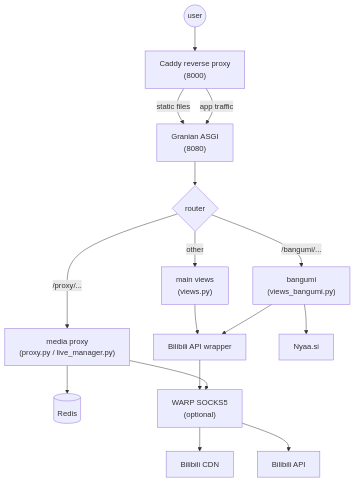
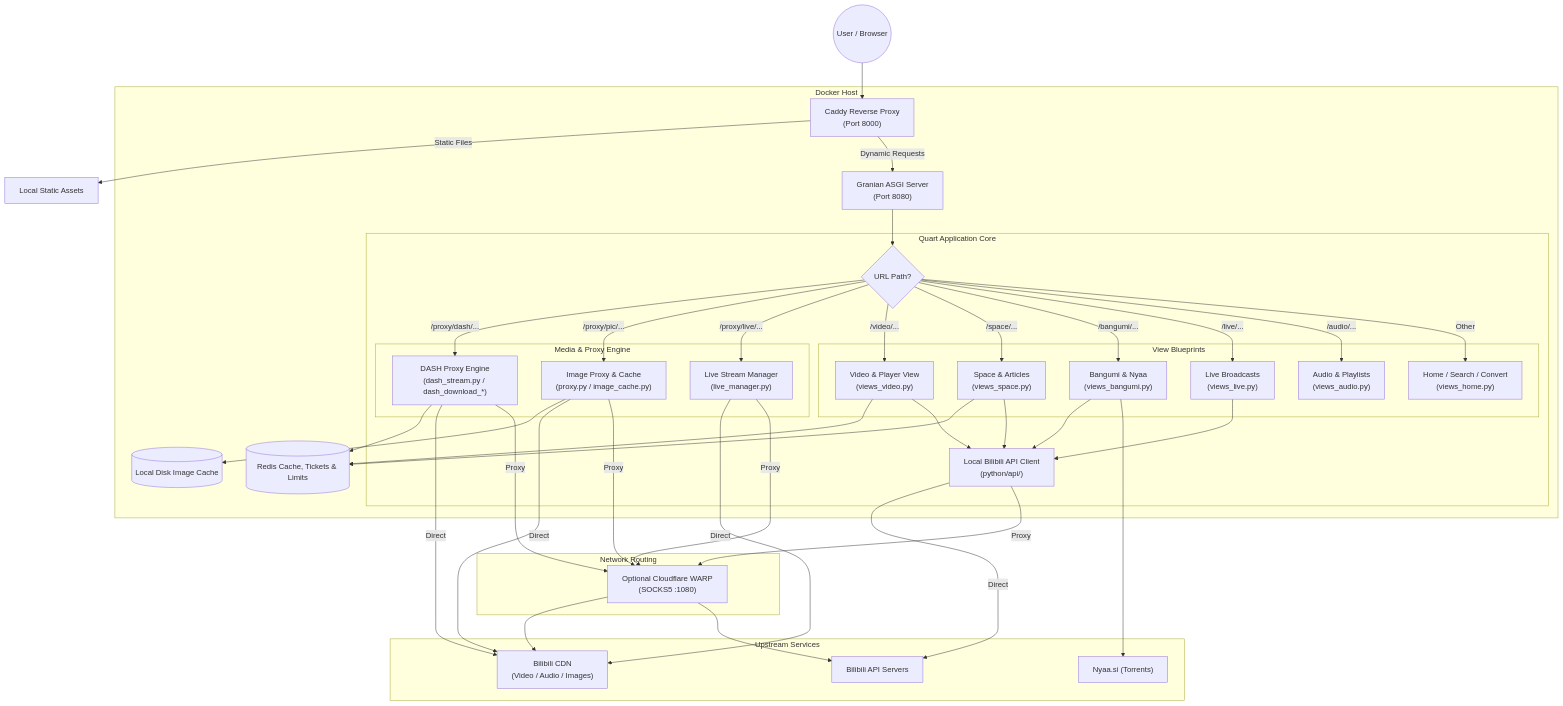
The diagram in developers/architecture.md (apicalshark/mikuinvidious), drawn with Mermaid before and after one commit. The commit also changed other lines of this file and 39 other files, not shown here.

````diff
--- a/developers/architecture.md
+++ b/developers/architecture.md
@@ -3,32 +79,83 @@
 ```mermaid
 graph TD
-    User((user))
-    Caddy["Caddy reverse proxy<br>(8000)"]
-    Granian["Granian ASGI<br>(8080)"]
-    Router{router}
-    Proxy["media proxy<br>(proxy.py / live_manager.py)"]
-    Bangumi["bangumi<br>(views_bangumi.py)"]
-    Views["main views<br>(views.py)"]
-    BiliAPI["Bilibili API wrapper"]
-    Redis[("Redis")]
-    Warp["WARP SOCKS5<br>(optional)"]
-    BiliCDN["Bilibili CDN"]
-    BiliSrv["Bilibili API"]
-    Nyaa["Nyaa.si"]
+    User((User / Browser))
 
+    subgraph "Docker Host"
+        Caddy["Caddy Reverse Proxy<br>(Port 8000)"]
+        Granian["Granian ASGI Server<br>(Port 8080)"]
+
+        subgraph "Quart Application Core"
+            Router{URL Path?}
+            
+            subgraph "Media & Proxy Engine"
+                ProxyDASH["DASH Proxy Engine<br>(dash_stream.py / dash_download_*)"]
+                ProxyPic["Image Proxy & Cache<br>(proxy.py / image_cache.py)"]
+                ProxyLive["Live Stream Manager<br>(live_manager.py)"]
+            end
+
+            subgraph "View Blueprints"
+                HomeBP["Home / Search / Convert<br>(views_home.py)"]
+                VideoBP["Video & Player View<br>(views_video.py)"]
+                SpaceBP["Space & Articles<br>(views_space.py)"]
+                BangumiBP["Bangumi & Nyaa<br>(views_bangumi.py)"]
+                LiveBP["Live Broadcasts<br>(views_live.py)"]
+                AudioBP["Audio & Playlists<br>(views_audio.py)"]
+            end
+
+            BiliAPI["Local Bilibili API Client<br>(python/api/)"]
+        end
+
+        Redis[("Redis Cache, Tickets & Limits")]
+        DiskCache[("Local Disk Image Cache")]
+    end
+
+    subgraph "Network Routing"
+        Warp["Optional Cloudflare WARP<br>(SOCKS5 :1080)"]
+    end
+
+    subgraph "Upstream Services"
+        BiliCDN["Bilibili CDN<br>(Video / Audio / Images)"]
+        BiliServers["Bilibili API Servers"]
+        NyaaSI["Nyaa.si (Torrents)"]
+    end
+
+    %% Client entry
     User --> Caddy
-    Caddy -- "static files" --> Granian
-    Caddy -- "app traffic" --> Granian
+    Caddy -- "Static Files" --> StaticFS[Local Static Assets]
+    Caddy -- "Dynamic Requests" --> Granian
     Granian --> Router
-    Router -- "/proxy/..." --> Proxy
-    Router -- "/bangumi/..." --> Bangumi
-    Router -- "other" --> Views
-    Proxy --> Redis
-    Views --> BiliAPI
-    Bangumi --> BiliAPI
-    BiliAPI --> Warp
-    Proxy --> Warp
+
+    %% Routing
+    Router -- "/proxy/dash/..." --> ProxyDASH
+    Router -- "/proxy/pic/..." --> ProxyPic
+    Router -- "/proxy/live/..." --> ProxyLive
+    Router -- "/video/..." --> VideoBP
+    Router -- "/space/..." --> SpaceBP
+    Router -- "/bangumi/..." --> BangumiBP
+    Router -- "/live/..." --> LiveBP
+    Router -- "/audio/..." --> AudioBP
+    Router -- "Other" --> HomeBP
+
+    %% Cache & API paths
+    ProxyDASH --> Redis
+    ProxyDASH -- "Direct" --> BiliCDN
+    ProxyDASH -- "Proxy" --> Warp
+    ProxyPic --> DiskCache
+    ProxyPic -- "Direct" --> BiliCDN
+    ProxyPic -- "Proxy" --> Warp
+    ProxyLive -- "Direct" --> BiliCDN
+    ProxyLive -- "Proxy" --> Warp
+
+    VideoBP --> Redis
+    VideoBP --> BiliAPI
+    SpaceBP --> Redis
+    SpaceBP --> BiliAPI
+    BangumiBP --> BiliAPI
+    BangumiBP --> NyaaSI
+    LiveBP --> BiliAPI
+
+    BiliAPI -- "Direct" --> BiliServers
+    BiliAPI -- "Proxy" --> Warp
     Warp --> BiliCDN
-    Warp --> BiliSrv
-    Bangumi --> Nyaa
+    Warp --> BiliServers
 ```
````
